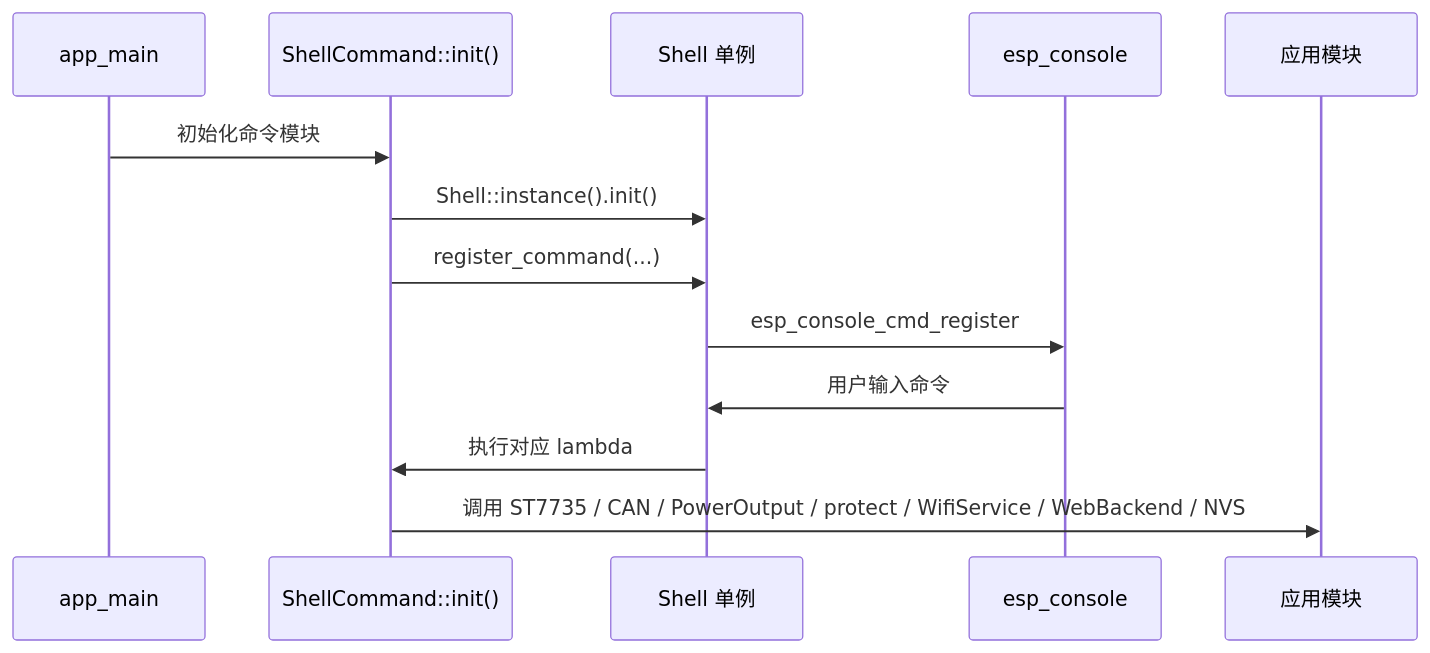
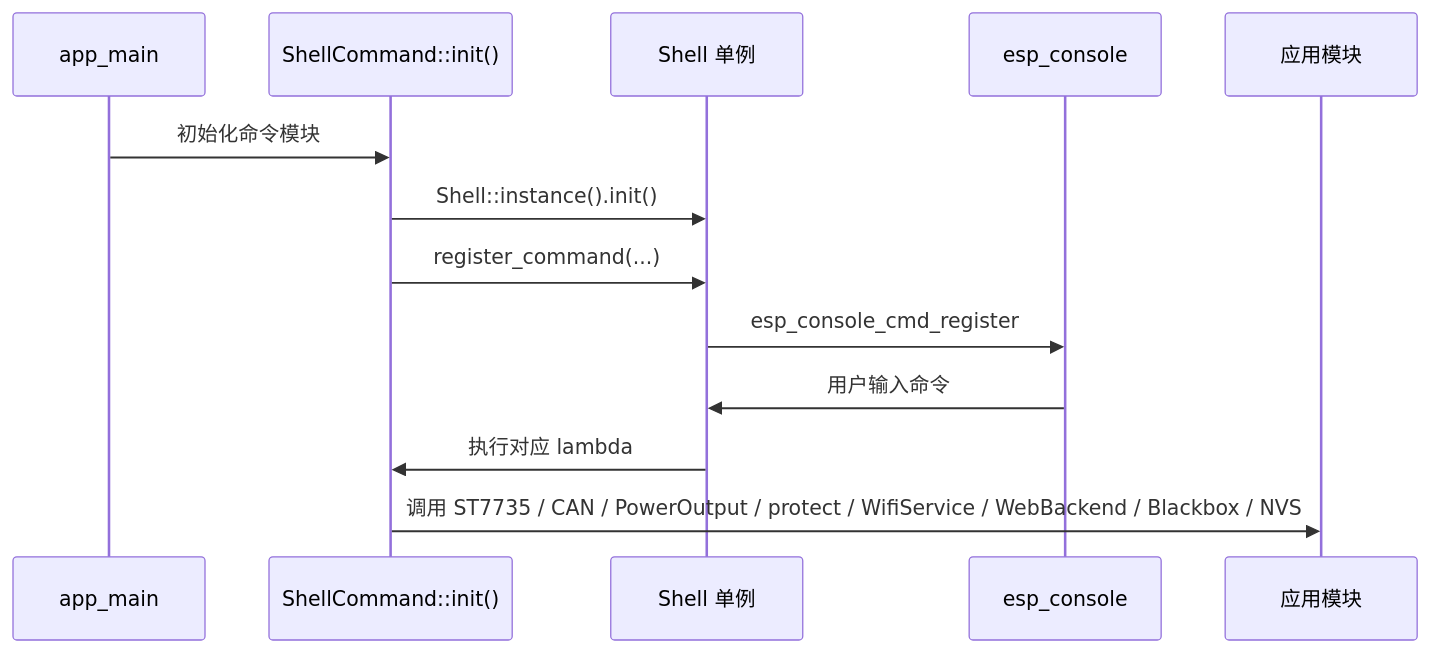
Before and after one commit to qingmeijiupiao/Wireless_power_meter_lite: the first of 2 diagrams in components/app/shell_command/README.md, drawn with Mermaid. The commit also changed other lines of this file and 35 other files, not shown here.

````diff
--- a/components/app/shell_command/README.md
+++ b/components/app/shell_command/README.md
@@ -14,16 +15,16 @@
 ```mermaid
 sequenceDiagram
     participant Main as app_main
     participant SC as ShellCommand::init()
     participant Shell as Shell 单例
     participant Console as esp_console
     participant App as 应用模块
 
     Main->>SC: 初始化命令模块
     SC->>Shell: Shell::instance().init()
     SC->>Shell: register_command(...)
     Shell->>Console: esp_console_cmd_register
     Console->>Shell: 用户输入命令
     Shell->>SC: 执行对应 lambda
-    SC->>App: 调用 ST7735 / CAN / PowerOutput / protect / WifiService / WebBackend / NVS
+    SC->>App: 调用 ST7735 / CAN / PowerOutput / protect / WifiService / WebBackend / Blackbox / NVS
 ```
````
